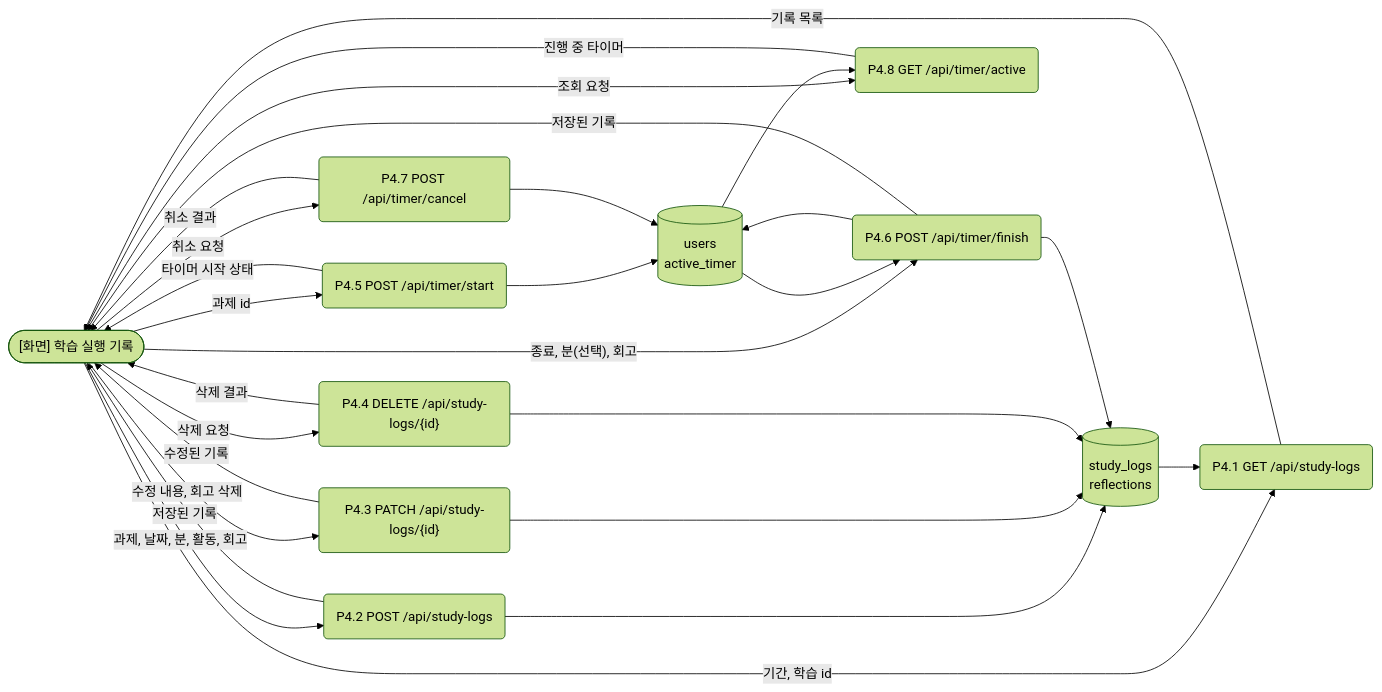
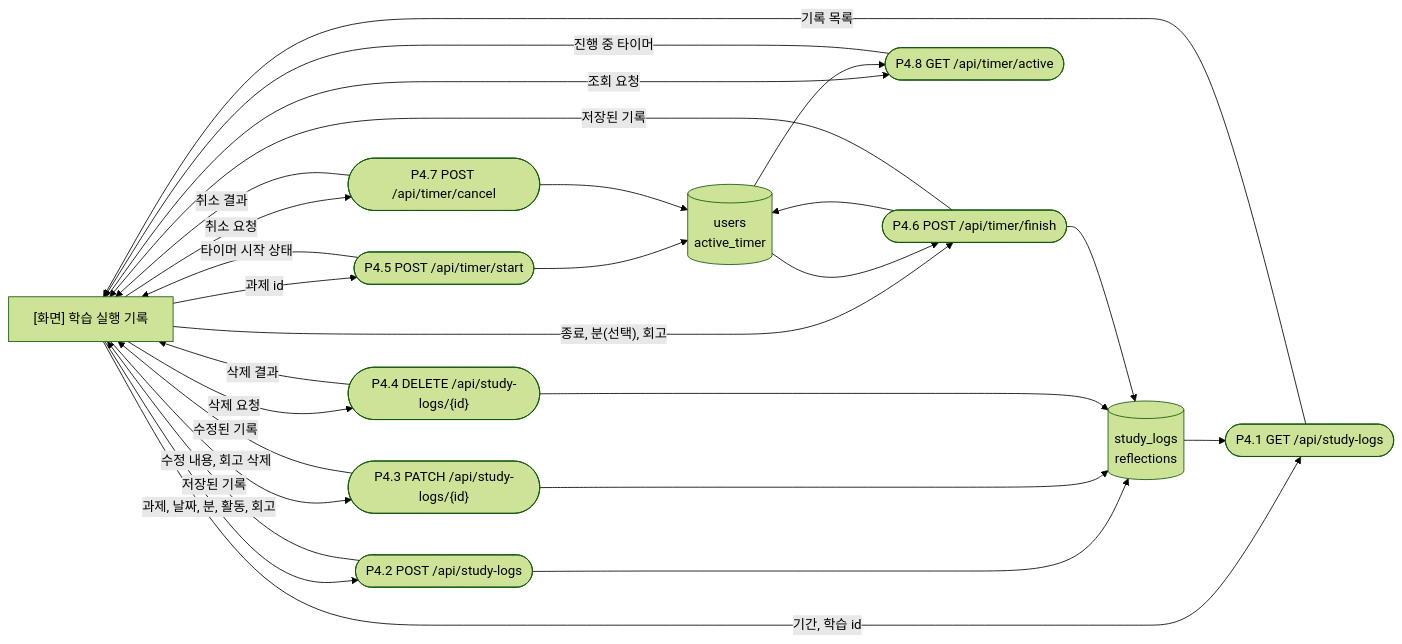
Before and after one commit to yong05610/ai-n-fprj: the seventh of 12 diagrams in docs/architecture_dfd.md, drawn with Mermaid (forest theme). The commit also changed other lines of this file, not shown here.

````diff
--- a/docs/architecture_dfd.md
+++ b/docs/architecture_dfd.md
@@ -272,41 +272,41 @@
 ```mermaid
 flowchart LR
-    S(["[화면] 학습 실행 기록"])
-    P41("P4.1 GET /api/study-logs")
-    P42("P4.2 POST /api/study-logs")
-    P43("P4.3 PATCH /api/study-logs/{id}")
-    P44("P4.4 DELETE /api/study-logs/{id}")
-    P45("P4.5 POST /api/timer/start")
-    P46("P4.6 POST /api/timer/finish")
-    P47("P4.7 POST /api/timer/cancel")
-    P48("P4.8 GET /api/timer/active")
+    S["[화면] 학습 실행 기록"]
+    P41(["P4.1 GET /api/study-logs"])
+    P42(["P4.2 POST /api/study-logs"])
+    P43(["P4.3 PATCH /api/study-logs/{id}"])
+    P44(["P4.4 DELETE /api/study-logs/{id}"])
+    P45(["P4.5 POST /api/timer/start"])
+    P46(["P4.6 POST /api/timer/finish"])
+    P47(["P4.7 POST /api/timer/cancel"])
+    P48(["P4.8 GET /api/timer/active"])
     DL[("study_logs<br/>reflections")]
     DU[("users<br/>active_timer")]
 
     S -->|"기간, 학습 id"| P41
     DL --> P41
     P41 -->|"기록 목록"| S
     S -->|"과제, 날짜, 분, 활동, 회고"| P42
     P42 --> DL
     P42 -->|"저장된 기록"| S
     S -->|"수정 내용, 회고 삭제"| P43
     P43 --> DL
     P43 -->|"수정된 기록"| S
     S -->|"삭제 요청"| P44
     P44 --> DL
     P44 -->|"삭제 결과"| S
     S -->|"과제 id"| P45
     P45 --> DU
     P45 -->|"타이머 시작 상태"| S
     S -->|"종료, 분(선택), 회고"| P46
     DU --> P46
     P46 --> DL
     P46 --> DU
     P46 -->|"저장된 기록"| S
     S -->|"취소 요청"| P47
     P47 --> DU
     P47 -->|"취소 결과"| S
     S -->|"조회 요청"| P48
     DU --> P48
     P48 -->|"진행 중 타이머"| S
 ```
````
